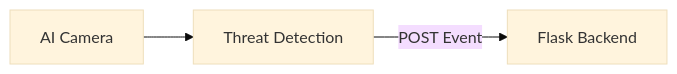
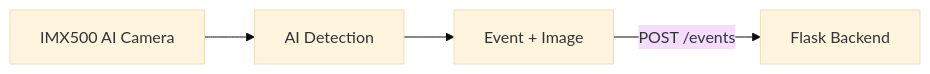
One commit to azazmuzaffar/Newlauncher-5.0 changed the second of 6 diagrams in task7-backend-documentation.md. Above: the diagram before and after it, drawn with Mermaid (base theme).

````diff
--- a/task7-backend-documentation.md
+++ b/task7-backend-documentation.md
@@ -64,5 +64,6 @@
 ```mermaid
 flowchart LR
-    A[AI Camera] --> B[Threat Detection]
-    B -->|POST Event| C[Flask Backend]
+    A[IMX500 AI Camera] --> B[AI Detection]
+    B --> C[Event + Image]
+    C -->|POST /events| D[Flask Backend]
 ```
````
